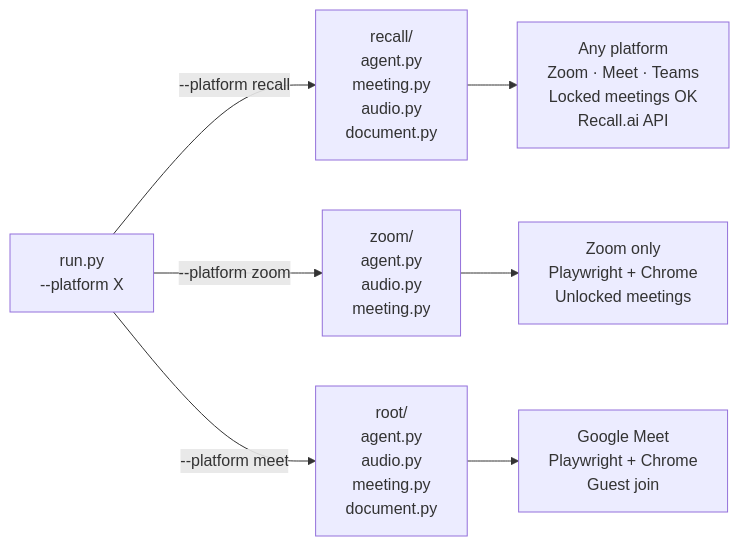
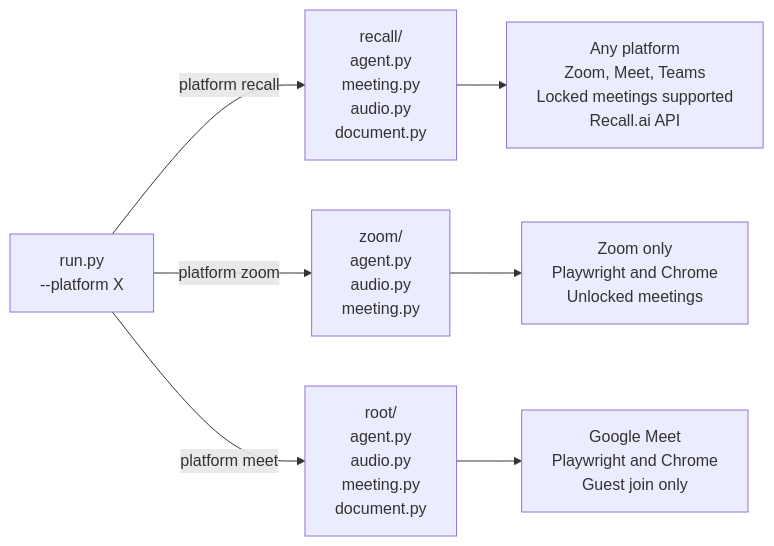
One commit to ananya-modusai/meet-bot changed the third of 3 diagrams in ARCHITECTURE.md. Above: the diagram before and after it, drawn with Mermaid. The commit also changed other lines of this file, not shown here.

Commit message:
docs: fix diagrams for mermaid.live — remove emoji, clean syntax

````diff
--- a/ARCHITECTURE.md
+++ b/ARCHITECTURE.md
@@ -42,12 +77,12 @@
 ```mermaid
 flowchart LR
     RUN["run.py\n--platform X"]
 
-    RUN -->|"--platform recall"| RC["recall/\nagent.py\nmeeting.py\naudio.py\ndocument.py"]
-    RUN -->|"--platform zoom"| ZM["zoom/\nagent.py\naudio.py\nmeeting.py"]
-    RUN -->|"--platform meet"| GM["root/\nagent.py\naudio.py\nmeeting.py\ndocument.py"]
+    RUN -->|platform recall| RC["recall/\nagent.py\nmeeting.py\naudio.py\ndocument.py"]
+    RUN -->|platform zoom| ZM["zoom/\nagent.py\naudio.py\nmeeting.py"]
+    RUN -->|platform meet| GM["root/\nagent.py\naudio.py\nmeeting.py\ndocument.py"]
 
-    RC --> ANY["Any platform\nZoom · Meet · Teams\nLocked meetings OK\nRecall.ai API"]
-    ZM --> ZONLY["Zoom only\nPlaywright + Chrome\nUnlocked meetings"]
-    GM --> MONLY["Google Meet\nPlaywright + Chrome\nGuest join"]
+    RC --> ANY["Any platform\nZoom, Meet, Teams\nLocked meetings supported\nRecall.ai API"]
+    ZM --> ZONLY["Zoom only\nPlaywright and Chrome\nUnlocked meetings"]
+    GM --> MONLY["Google Meet\nPlaywright and Chrome\nGuest join only"]
 ```
````
